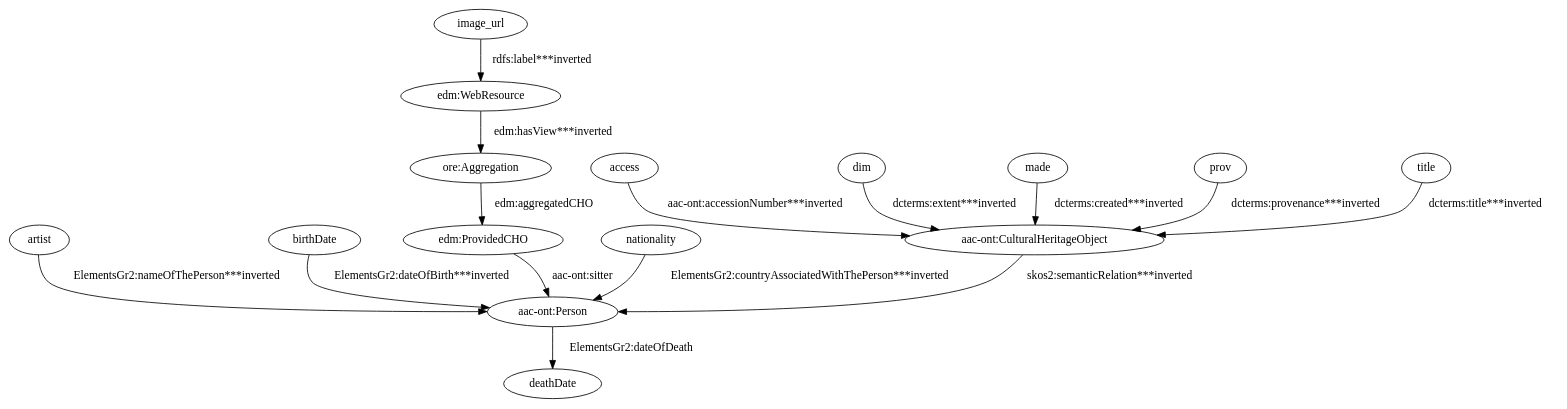
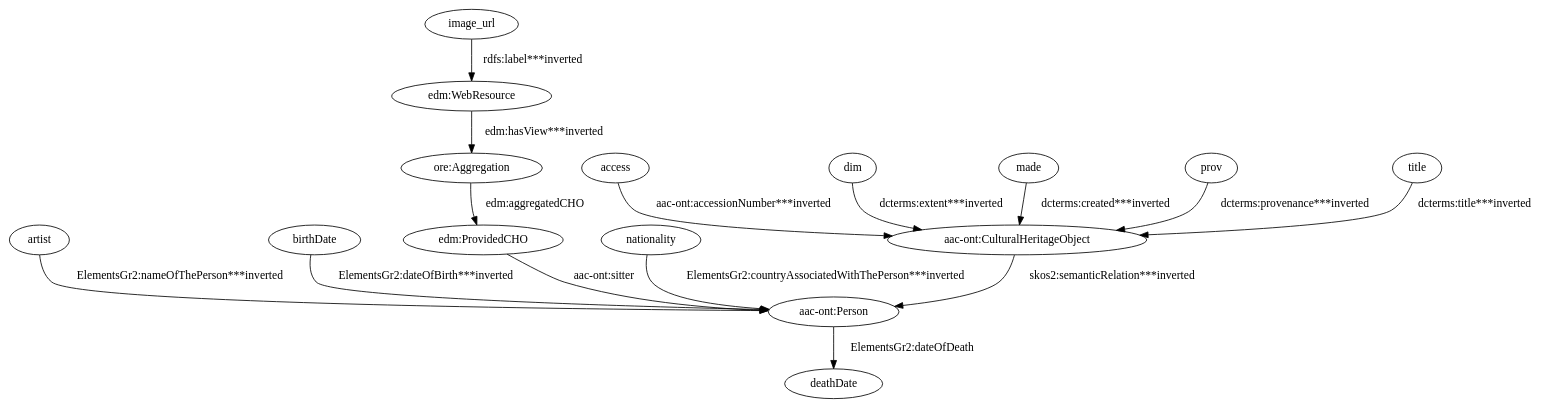
The diagram in data/taheriyan2016/task_03/semantic_models/steiner/dot/s24-s-norton-simon.dot (giuseppefutia/semi), drawn with Graphviz before and after one commit. The commit also changed 223 other files, not shown here.

```diff
--- a/data/taheriyan2016/task_03/semantic_models/steiner/dot/s24-s-norton-simon.dot
+++ b/data/taheriyan2016/task_03/semantic_models/steiner/dot/s24-s-norton-simon.dot
@@ -1,31 +1,31 @@
 digraph {
   "aac-ont:CulturalHeritageObject1" [type=class_uri,label="aac-ont:CulturalHeritageObject"]
   "aac-ont:Person1" [type=class_uri,label="aac-ont:Person"]
   deathDate [type=attribute_name,label=deathDate]
   access [type=attribute_name,label=access]
   artist [type=attribute_name,label=artist]
   birthDate [type=attribute_name,label=birthDate]
   dim [type=attribute_name,label=dim]
   "edm:ProvidedCHO" [type=class_uri,label="edm:ProvidedCHO"]
   "edm:WebResource1" [type=class_uri,label="edm:WebResource"]
   "ore:Aggregation" [type=class_uri,label="ore:Aggregation"]
   image_url [type=attribute_name,label=image_url]
   made [type=attribute_name,label=made]
   nationality [type=attribute_name,label=nationality]
   prov [type=attribute_name,label=prov]
   title [type=attribute_name,label=title]
-  "aac-ont:CulturalHeritageObject1" -> "aac-ont:Person1" [type=inherited,label="skos2:semanticRelation***inverted"]
+  "aac-ont:CulturalHeritageObject1" -> "aac-ont:Person1" [type=inherited,label="skos2:semanticRelation***inverted",weight=4]
   "aac-ont:Person1" -> deathDate [label="ElementsGr2:dateOfDeath",type=st_property_uri]
-  access -> "aac-ont:CulturalHeritageObject1" [type=st_property_uri,label="aac-ont:accessionNumber***inverted"]
-  artist -> "aac-ont:Person1" [type=st_property_uri,label="ElementsGr2:nameOfThePerson***inverted"]
-  birthDate -> "aac-ont:Person1" [type=st_property_uri,label="ElementsGr2:dateOfBirth***inverted"]
-  dim -> "aac-ont:CulturalHeritageObject1" [type=st_property_uri,label="dcterms:extent***inverted"]
-  "edm:ProvidedCHO" -> "aac-ont:Person1" [label="aac-ont:sitter",type=direct_property_uri]
-  "edm:WebResource1" -> "ore:Aggregation" [type=direct_property_uri,label="edm:hasView***inverted"]
-  image_url -> "edm:WebResource1" [type=st_property_uri,label="rdfs:label***inverted"]
-  made -> "aac-ont:CulturalHeritageObject1" [type=st_property_uri,label="dcterms:created***inverted"]
-  nationality -> "aac-ont:Person1" [type=st_property_uri,label="ElementsGr2:countryAssociatedWithThePerson***inverted"]
-  "ore:Aggregation" -> "edm:ProvidedCHO" [label="edm:aggregatedCHO",type=direct_property_uri]
-  prov -> "aac-ont:CulturalHeritageObject1" [type=st_property_uri,label="dcterms:provenance***inverted"]
-  title -> "aac-ont:CulturalHeritageObject1" [type=st_property_uri,label="dcterms:title***inverted"]
+  access -> "aac-ont:CulturalHeritageObject1" [type=st_property_uri,label="aac-ont:accessionNumber***inverted",weight=1]
+  artist -> "aac-ont:Person1" [type=st_property_uri,label="ElementsGr2:nameOfThePerson***inverted",weight=1]
+  birthDate -> "aac-ont:Person1" [type=st_property_uri,label="ElementsGr2:dateOfBirth***inverted",weight=1]
+  dim -> "aac-ont:CulturalHeritageObject1" [type=st_property_uri,label="dcterms:extent***inverted",weight=1]
+  "edm:ProvidedCHO" -> "aac-ont:Person1" [label="aac-ont:sitter",type=direct_property_uri,weight=1]
+  "edm:WebResource1" -> "ore:Aggregation" [type=direct_property_uri,label="edm:hasView***inverted",weight=1]
+  image_url -> "edm:WebResource1" [type=st_property_uri,label="rdfs:label***inverted",weight=1]
+  made -> "aac-ont:CulturalHeritageObject1" [type=st_property_uri,label="dcterms:created***inverted",weight=1]
+  nationality -> "aac-ont:Person1" [type=st_property_uri,label="ElementsGr2:countryAssociatedWithThePerson***inverted",weight=1]
+  "ore:Aggregation" -> "edm:ProvidedCHO" [label="edm:aggregatedCHO",type=direct_property_uri,weight=1]
+  prov -> "aac-ont:CulturalHeritageObject1" [type=st_property_uri,label="dcterms:provenance***inverted",weight=1]
+  title -> "aac-ont:CulturalHeritageObject1" [type=st_property_uri,label="dcterms:title***inverted",weight=1]
 }
```
